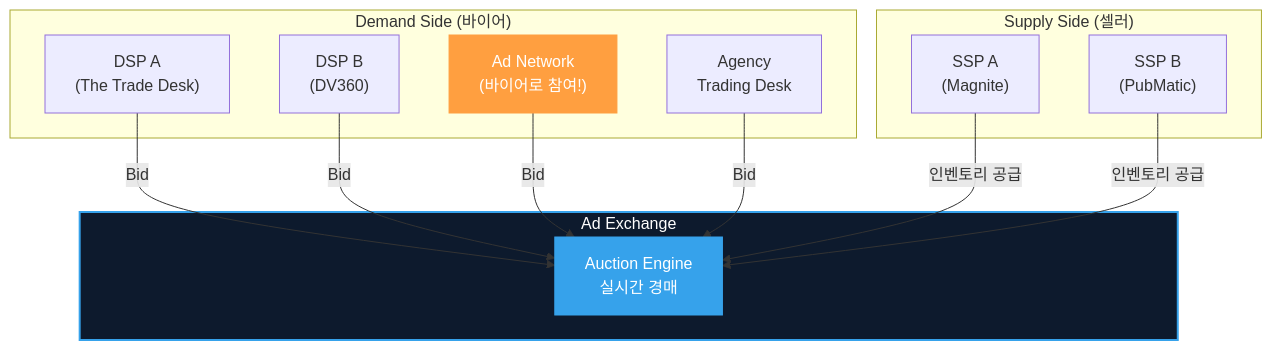
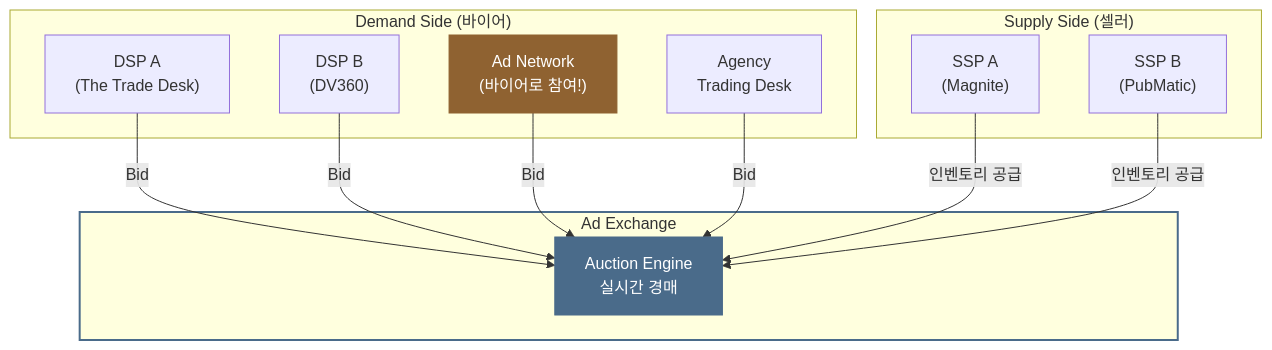
Before and after one commit to chkimsu/adtech-blog: the fourth of 8 diagrams in posts/ad-network-vs-exchange.md, drawn with Mermaid. The commit also changed other lines of this file and 40 other files, not shown here.

````diff
--- a/posts/ad-network-vs-exchange.md
+++ b/posts/ad-network-vs-exchange.md
@@ -176,29 +176,29 @@
 ```mermaid
 graph TB
     subgraph Buyers["Demand Side (바이어)"]
         DSP1["DSP A<br/>(The Trade Desk)"]
         DSP2["DSP B<br/>(DV360)"]
         AN["Ad Network<br/>(바이어로 참여!)"]
         AGENCY["Agency<br/>Trading Desk"]
     end
 
     subgraph Exchange["Ad Exchange"]
         AUCTION["Auction Engine<br/>실시간 경매"]
     end
 
     subgraph Sellers["Supply Side (셀러)"]
         SSP1["SSP A<br/>(Magnite)"]
         SSP2["SSP B<br/>(PubMatic)"]
     end
 
     DSP1 -->|Bid| AUCTION
     DSP2 -->|Bid| AUCTION
     AN -->|Bid| AUCTION
     AGENCY -->|Bid| AUCTION
     SSP1 -->|인벤토리 공급| AUCTION
     SSP2 -->|인벤토리 공급| AUCTION
 
-    style Exchange fill:#0d1a2d,stroke:#36a2eb,stroke-width:2px,color:#fff
-    style AUCTION fill:#36a2eb,stroke:#36a2eb,color:#fff
-    style AN fill:#ff9f40,stroke:#ff9f40,color:#fff
+    style Exchange stroke:#4a6b8a,stroke-width:2px
+    style AUCTION fill:#4a6b8a,stroke:#4a6b8a,color:#fff
+    style AN fill:#8f6231,stroke:#8f6231,color:#fff
 ```
````
